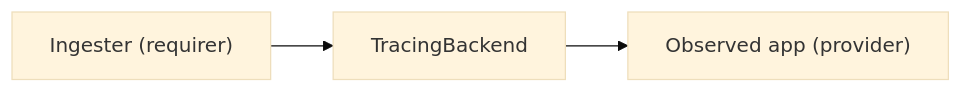
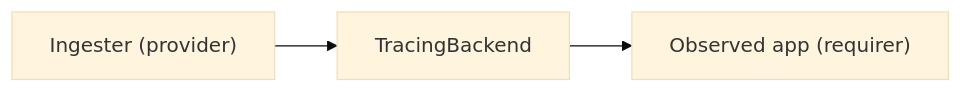
The diagram in interfaces/tracing/v0/README.md (canonical/charm-relation-interfaces), drawn with Mermaid (base theme) before and after one commit. The commit also changed other lines of this file and 4 other files, not shown here.

````diff
--- a/interfaces/tracing/v0/README.md
+++ b/interfaces/tracing/v0/README.md
@@ -16,4 +16,4 @@
 ```mermaid
 graph LR
-    Requirer["Ingester (requirer)"]  --> TracingBackend["TracingBackend"] --> Provider["Observed app (provider)"]
+    Provider["Ingester (provider)"]  --> TracingBackend["TracingBackend"] --> Requirer["Observed app (requirer)"]
 ```
````
